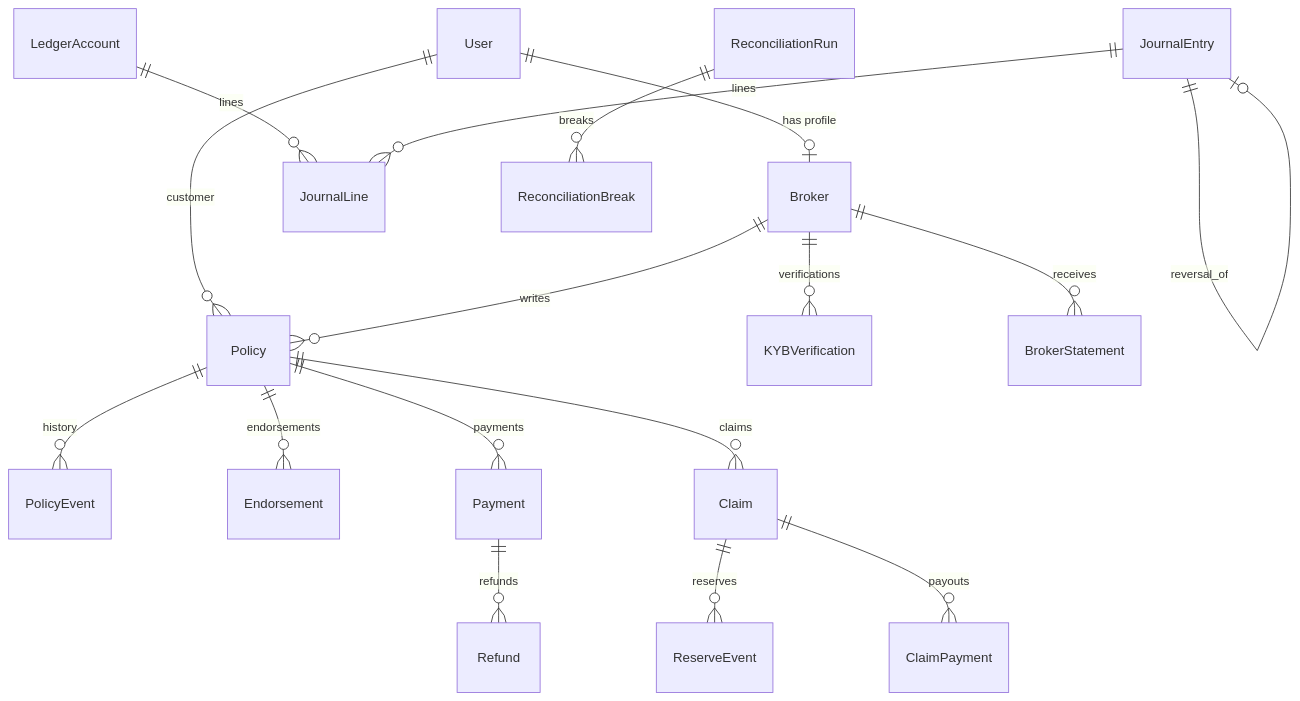
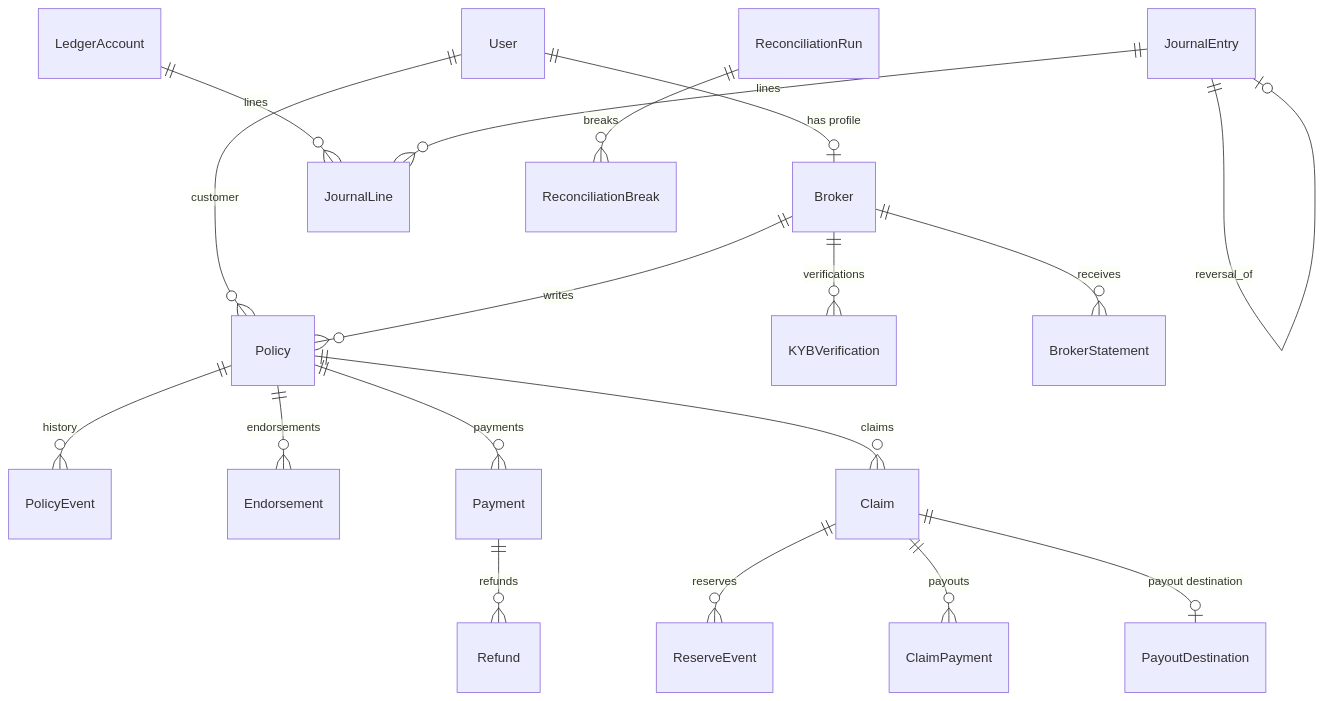
Before and after one commit to staniborII/corgi_policy_administration_t1: the diagram in docs/DOMAIN_MODEL.md, drawn with Mermaid. The commit also changed other lines of this file and 26 other files, not shown here.

````diff
--- a/docs/DOMAIN_MODEL.md
+++ b/docs/DOMAIN_MODEL.md
@@ -5,24 +5,25 @@
 ```mermaid
 erDiagram
     User ||--o| Broker : "has profile"
     User ||--o{ Policy : "customer"
     Broker ||--o{ KYBVerification : "verifications"
     Broker ||--o{ Policy : "writes"
     Broker ||--o{ BrokerStatement : "receives"
 
     Policy ||--o{ PolicyEvent : "history"
     Policy ||--o{ Endorsement : "endorsements"
     Policy ||--o{ Payment : "payments"
     Policy ||--o{ Claim : "claims"
 
     Payment ||--o{ Refund : "refunds"
 
     Claim ||--o{ ReserveEvent : "reserves"
     Claim ||--o{ ClaimPayment : "payouts"
+    Claim ||--o| PayoutDestination : "payout destination"
 
     LedgerAccount ||--o{ JournalLine : "lines"
     JournalEntry ||--o{ JournalLine : "lines"
     JournalEntry ||--o| JournalEntry : "reversal_of"
 
     ReconciliationRun ||--o{ ReconciliationBreak : "breaks"
 ```
````
